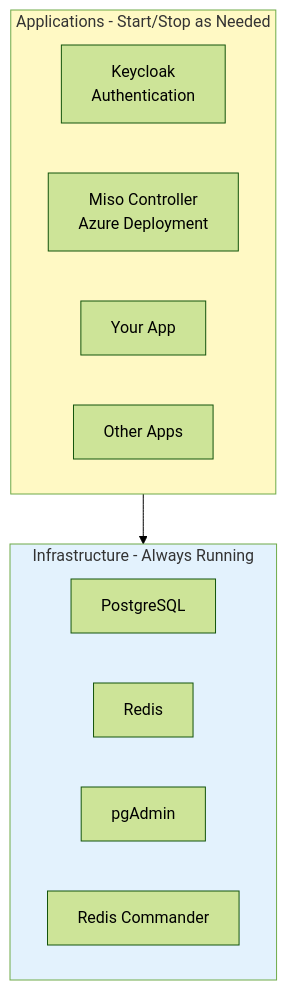
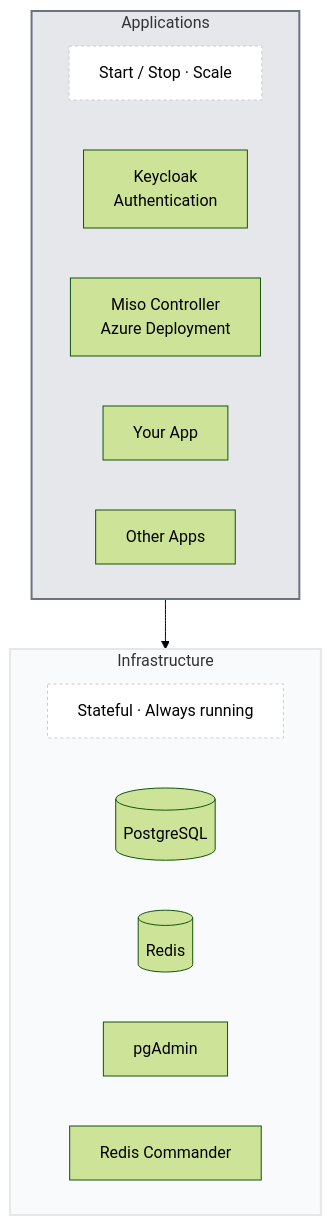
The second of 2 diagrams in docs/INFRASTRUCTURE.md (esystemsdev/aifabrix-builder), drawn with Mermaid (forest theme) before and after one commit. The commit also changed other lines of this file and 9 other files, not shown here.

````diff
--- a/docs/INFRASTRUCTURE.md
+++ b/docs/INFRASTRUCTURE.md
@@ -100,21 +118,26 @@
 ```mermaid
 graph TB
-    subgraph Infrastructure[Infrastructure - Always Running]
-        Postgres[PostgreSQL]
-        Redis[Redis]
+    subgraph Infrastructure["Infrastructure"]
+        InfraNote["Stateful · Always running"]
+        Postgres[(PostgreSQL)]
+        Redis[(Redis)]
         pgAdmin[pgAdmin]
         RedisCommander[Redis Commander]
     end
     
-    subgraph Applications[Applications - Start/Stop as Needed]
+    subgraph Applications["Applications"]
+        AppNote["Start / Stop · Scale"]
         Keycloak[Keycloak<br/>Authentication]
         MisoController[Miso Controller<br/>Azure Deployment]
         YourApp[Your App]
         OtherApps[Other Apps]
     end
     
     Applications --> Infrastructure
     
-    style Infrastructure fill:#e3f2fd
-    style Applications fill:#fff9c4
+    style Infrastructure fill:#F9FAFB,stroke:#E5E7EB,stroke-width:2px
+    style Applications fill:#E5E7EB,stroke:#6B7280,stroke-width:2px
+    style InfraNote fill:#FFFFFF,stroke:#CCCCCC,stroke-dasharray: 3 3
+    style AppNote fill:#FFFFFF,stroke:#CCCCCC,stroke-dasharray: 3 3
+
 ```
````
